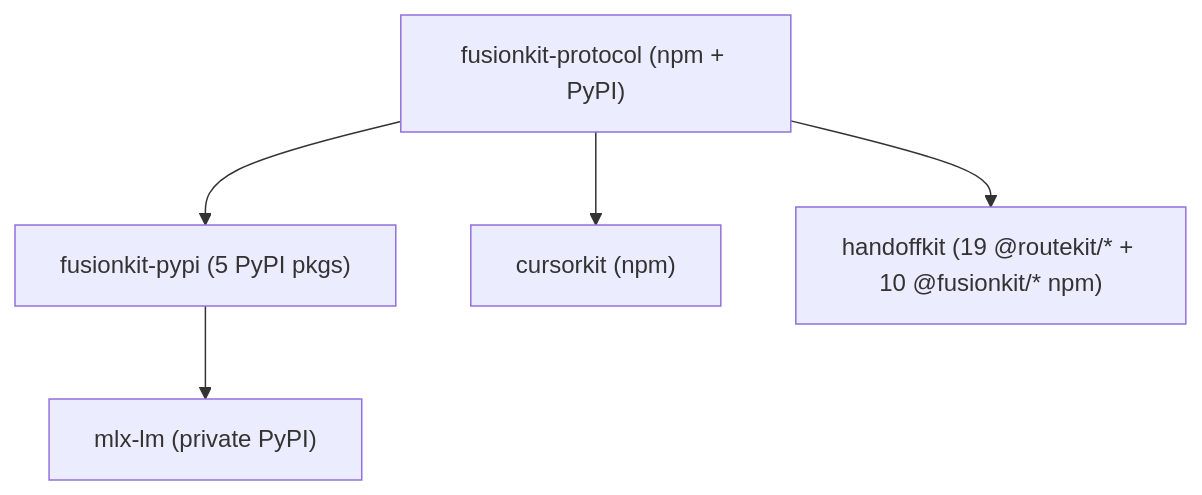
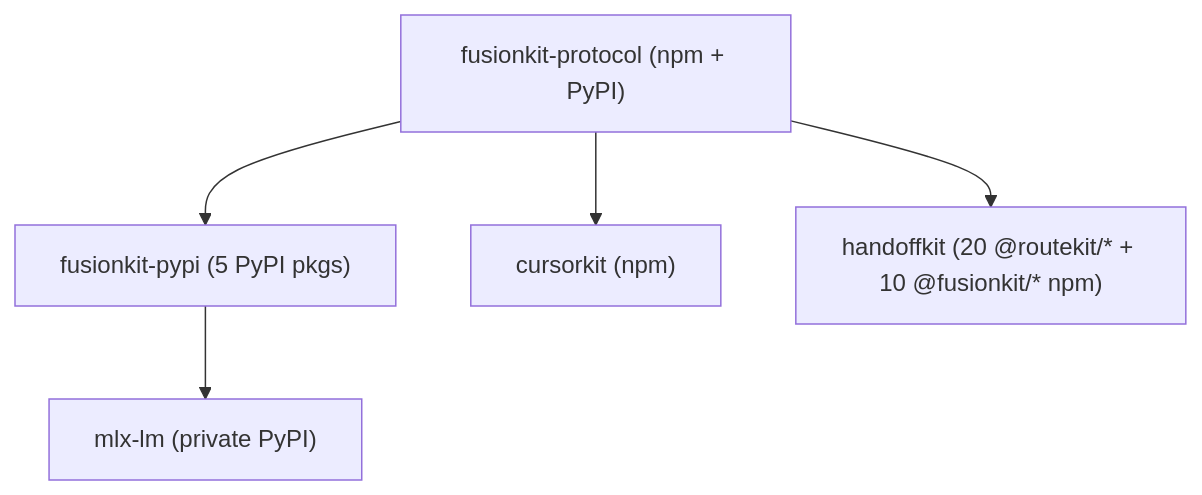
One commit to velum-labs/handoffkit changed the diagram in docs/releasing.md. Above: the diagram before and after it, drawn with Mermaid. The commit also changed other lines of this file and 23 other files, not shown here.

````diff
--- a/docs/releasing.md
+++ b/docs/releasing.md
@@ -16,12 +16,12 @@
 ```mermaid
 flowchart TD
   protocol["fusionkit-protocol (npm + PyPI)"]
   fusionpy["fusionkit-pypi (5 PyPI pkgs)"]
   cursor["cursorkit (npm)"]
-  handoff["handoffkit (19 @routekit/* + 10 @fusionkit/* npm)"]
+  handoff["handoffkit (20 @routekit/* + 10 @fusionkit/* npm)"]
   mlx["mlx-lm (private PyPI)"]
   protocol --> fusionpy
   protocol --> cursor
   protocol --> handoff
   fusionpy --> mlx
 ```
````
